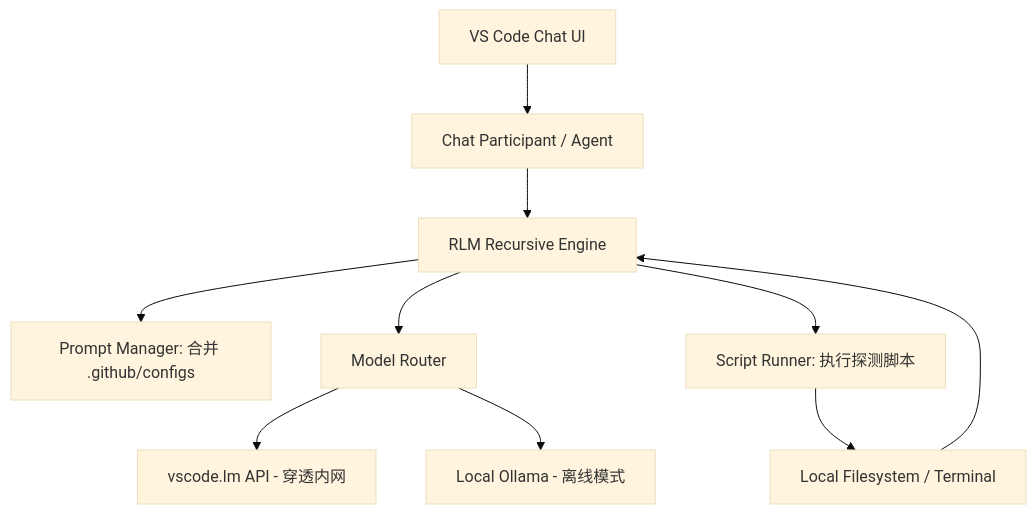
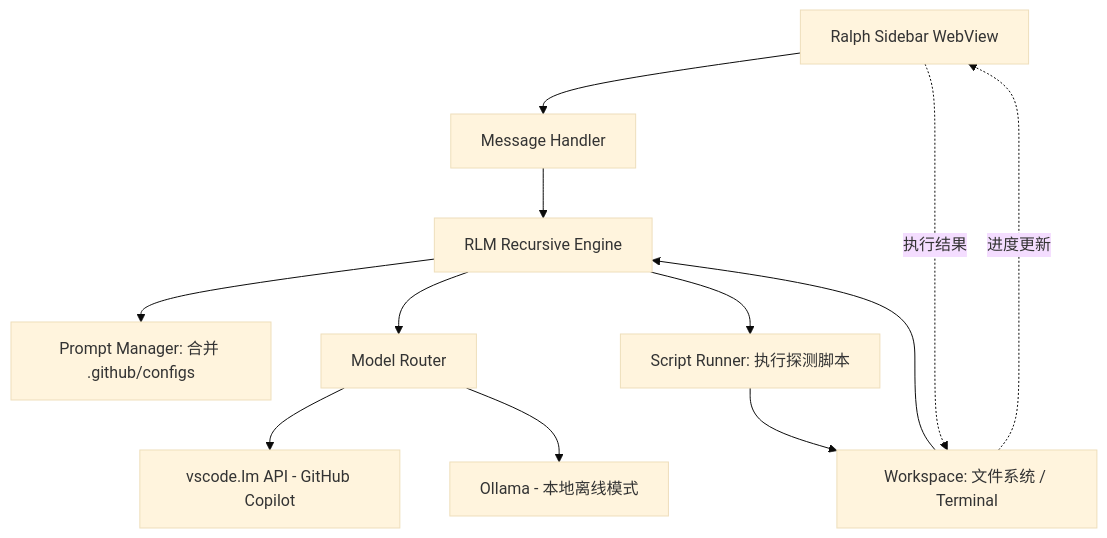
One commit to DerekJi/veda-ralph-rlm changed the diagram in docs/INIT.md. Above: the diagram before and after it, drawn with Mermaid (base theme). The commit also changed other lines of this file and 24 other files, not shown here.

Commit message:
squash merge: Ralph RLM UI with fixed input at bottom and scrollable messages

````diff
--- a/docs/INIT.md
+++ b/docs/INIT.md
@@ -36,15 +35,18 @@
 ```mermaid
 graph TD
-    UI[VS Code Chat UI] --> Agent[Chat Participant / Agent]
-    Agent --> Orchestrator[RLM Recursive Engine]
+    UI[Ralph Sidebar WebView] --> Handler[Message Handler]
+    Handler --> Orchestrator[RLM Recursive Engine]
     
     Orchestrator --> PromptMgr[Prompt Manager: 合并 .github/configs]
     Orchestrator --> Router[Model Router]
     
-    Router --> VSCodeLM[vscode.lm API - 穿透内网]
-    Router --> Ollama[Local Ollama - 离线模式]
+    Router --> VSCodeLM["vscode.lm API - GitHub Copilot"]
+    Router --> Ollama["Ollama - 本地离线模式"]
     
     Orchestrator --> Runner[Script Runner: 执行探测脚本]
-    Runner --> Workspace[Local Filesystem / Terminal]
+    Runner --> Workspace["Workspace: 文件系统 / Terminal"]
     Workspace --> Orchestrator
+    
+    UI -.执行结果.-> Workspace
+    Workspace -.进度更新.-> UI
 ```
````
